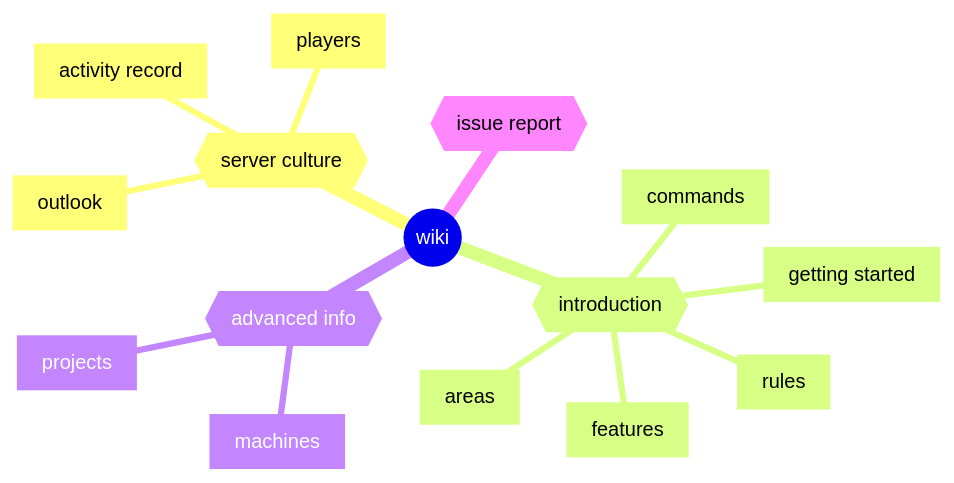
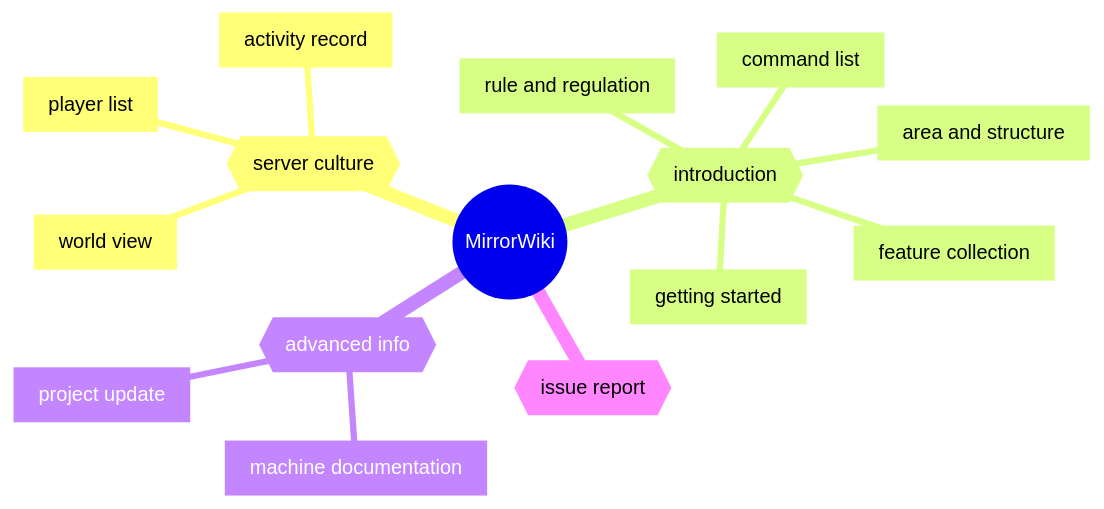
One commit to MirrorTree-MC/MirrorTree changed the diagram in README.md. Above: the diagram before and after it, drawn with Mermaid.

Commit message:
doc: mindmap update

````diff
--- a/README.md
+++ b/README.md
@@ -11,18 +11,18 @@
 ```mermaid
 mindmap
-  root((wiki))
+  root((MirrorWiki))
     id{{server culture}}
-      id[outlook]
-      id[players]
+      id[world view]
+      id[player list]
       id[activity record]
     id{{introduction}}
       id[getting started]
-      id[areas]
-      id[commands]
-      id[features]
-      id[rules]
+      id[area and structure]
+      id[command list]
+      id[feature collection]
+      id[rule and regulation]
     id{{advanced info}}
-      id[machines]
-      id[projects]
+      id[machine documentation]
+      id[project update]
     id{{issue report}}
 ```
````
